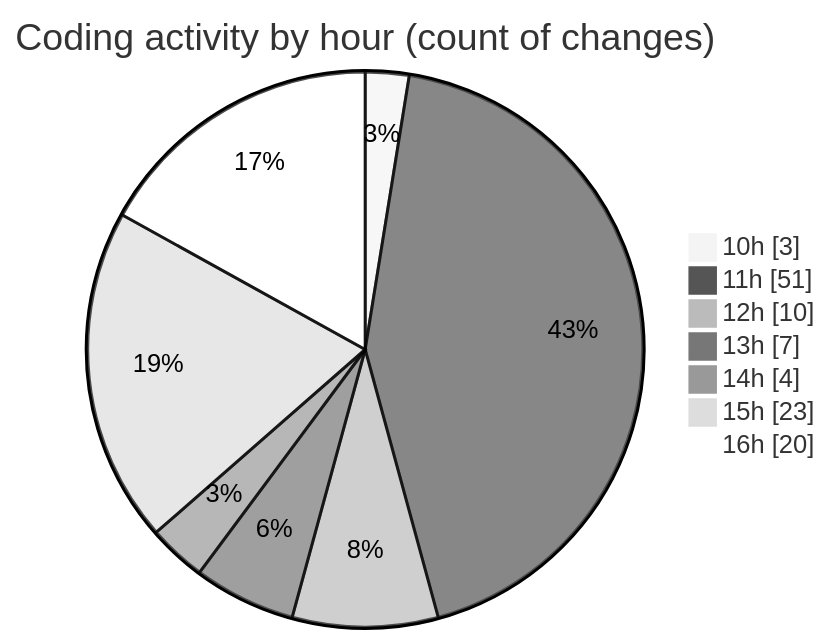
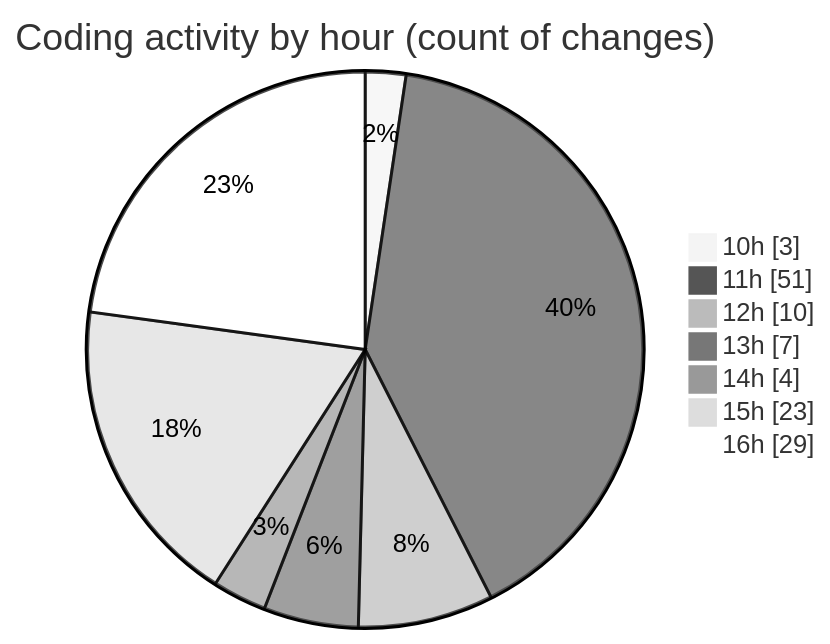
Before and after one commit to nxtqubesakshisongat/code-tracking: the second of 2 diagrams in 2025-07-11/argos/README.md, drawn with Mermaid (neutral theme). The commit also changed other lines of this file and 1 other file, not shown here.

````diff
--- a/2025-07-11/argos/README.md
+++ b/2025-07-11/argos/README.md
@@ -36,11 +36,11 @@
 ```mermaid
 pie showData
 title Coding activity by hour (count of changes)
 "10h" : 3
 "11h" : 51
 "12h" : 10
 "13h" : 7
 "14h" : 4
 "15h" : 23
-"16h" : 20
+"16h" : 29
 ```
````
